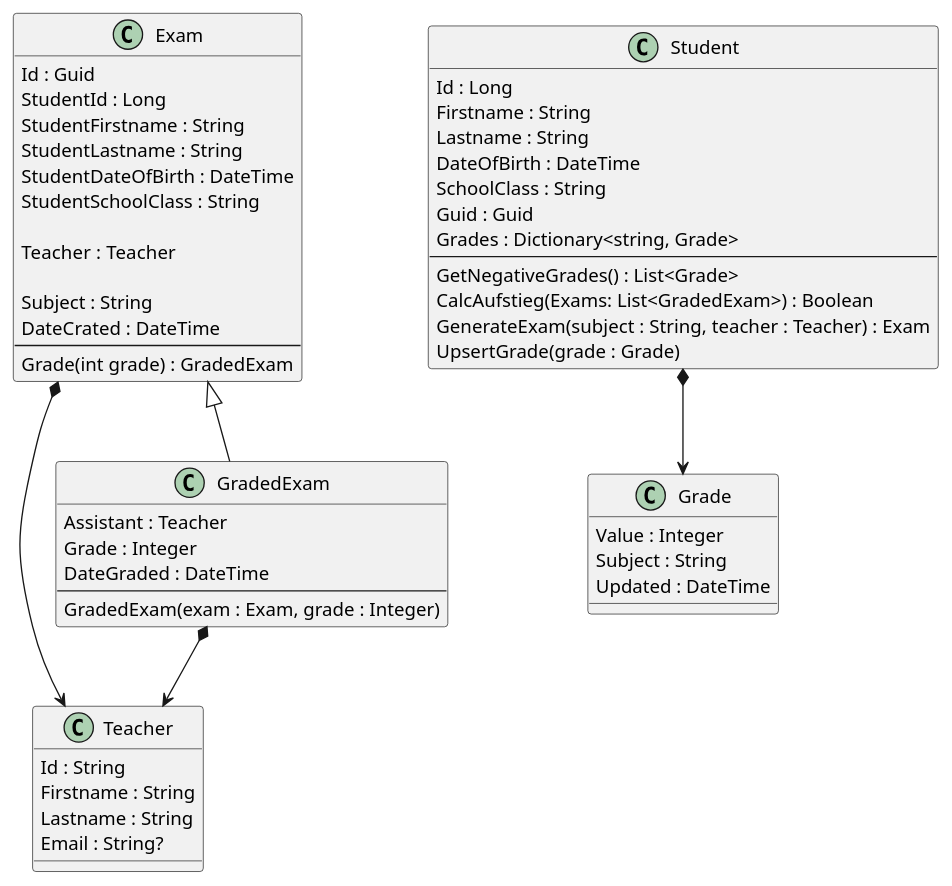
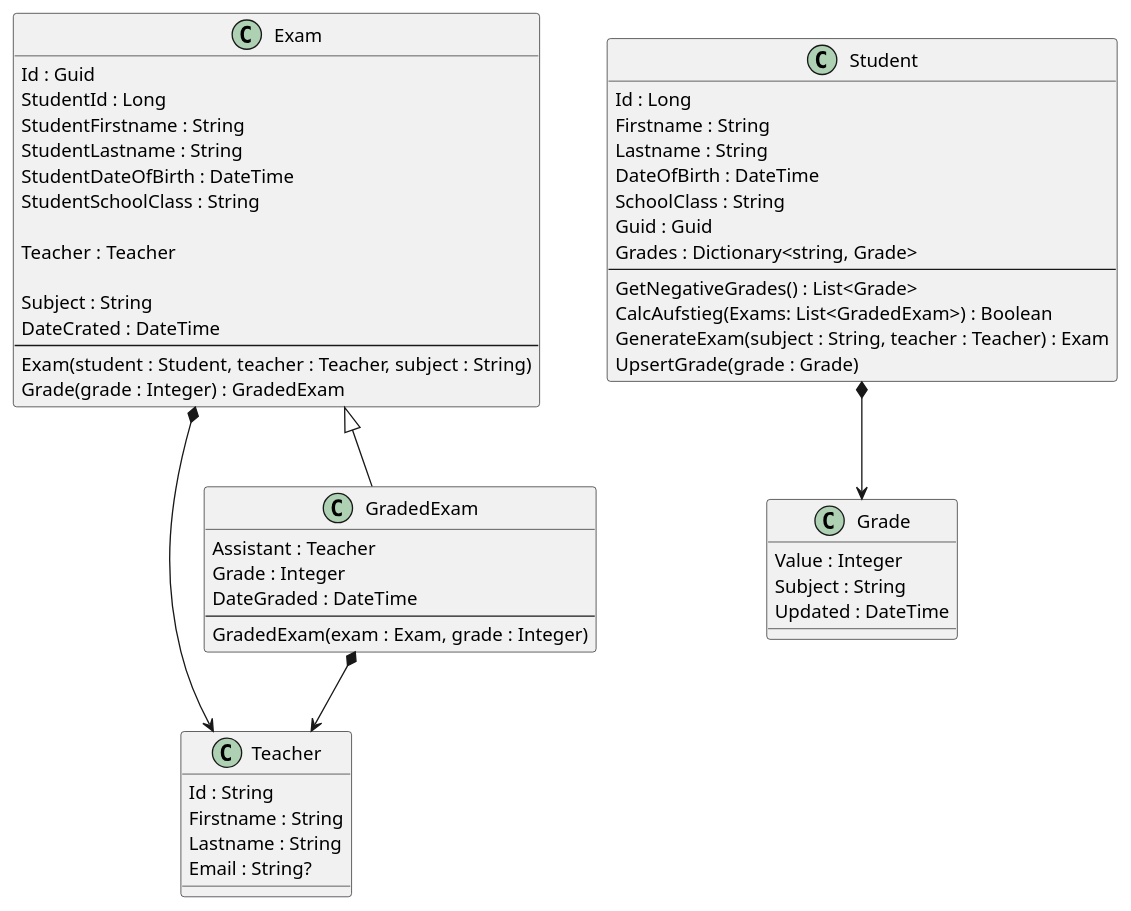
The diagram in 13_NoSQL/Projekt Pruefungsverwaltung/01 Modell.md (schletz/Dbi3Sem), drawn with PlantUML before and after one commit. The commit also changed 1 other file, not shown here.

````diff
--- a/13_NoSQL/Projekt Pruefungsverwaltung/01 Modell.md
+++ b/13_NoSQL/Projekt Pruefungsverwaltung/01 Modell.md
@@ -17,59 +17,60 @@
 ```plantuml
 @startuml
 class Student {
    Id : Long
    Firstname : String
    Lastname : String
    DateOfBirth : DateTime
    SchoolClass : String   
    Guid : Guid
    Grades : Dictionary<string, Grade>
    ---
    GetNegativeGrades() : List<Grade>
    CalcAufstieg(Exams: List<GradedExam>) : Boolean
    GenerateExam(subject : String, teacher : Teacher) : Exam
    UpsertGrade(grade : Grade)
 }
 
 class Grade {
     Value : Integer
     Subject : String
     Updated : DateTime
 }
 class Teacher {
     Id : String
     Firstname : String
     Lastname : String
     Email : String?
 }
 
 class Exam {
     Id : Guid
     StudentId : Long
     StudentFirstname : String
     StudentLastname : String
     StudentDateOfBirth : DateTime
     StudentSchoolClass : String
 
     Teacher : Teacher
 
     Subject : String
     DateCrated : DateTime
     ---
-    Grade(int grade) : GradedExam
+    Exam(student : Student, teacher : Teacher, subject : String)
+    Grade(grade : Integer) : GradedExam
 }
 
 class GradedExam {
     Assistant : Teacher
     Grade : Integer
     DateGraded : DateTime
     ---
     GradedExam(exam : Exam, grade : Integer)
 }
 
 Exam *--> Teacher
 GradedExam *--> Teacher
 Student *--> Grade
 GradedExam -up-|> Exam
 @enduml
 ```
````
